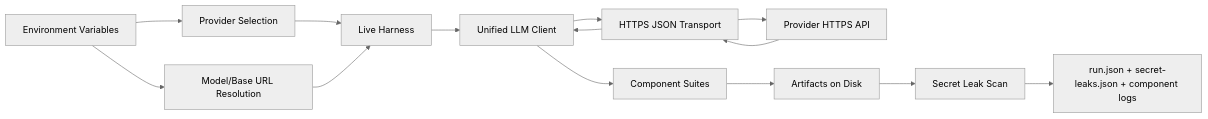
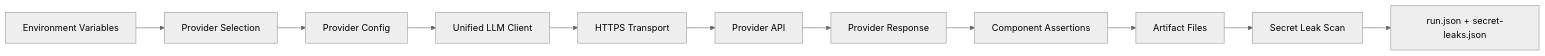
The fourth of 5 diagrams in docs/sprints/SPRINT-004-comprehensive-implementation-plan.md (jaytaylor/attractor-tcl), drawn with Mermaid (neutral theme) before and after one commit. The commit also changed other lines of this file, not shown here.

````diff
--- a/docs/sprints/SPRINT-004-comprehensive-implementation-plan.md
+++ b/docs/sprints/SPRINT-004-comprehensive-implementation-plan.md
@@ -1395,16 +1939,13 @@
 ```mermaid
 flowchart LR
   ENV[Environment Variables] --> SEL[Provider Selection]
-  ENV --> CFG[Model/Base URL Resolution]
-  SEL --> HARNESS[Live Harness]
-  CFG --> HARNESS
-  HARNESS --> ULLM[Unified LLM Client]
-  ULLM --> TRANSPORT[HTTPS JSON Transport]
-  TRANSPORT --> API[Provider HTTPS API]
-  API --> TRANSPORT
-  TRANSPORT --> ULLM
-  ULLM --> COMP[Component Suites]
-  COMP --> ART[Artifacts on Disk]
+  SEL --> CFG[Provider Config]
+  CFG --> ULLM[Unified LLM Client]
+  ULLM --> TR[HTTPS Transport]
+  TR --> API[Provider API]
+  API --> RESP[Provider Response]
+  RESP --> CMP[Component Assertions]
+  CMP --> ART[Artifact Files]
   ART --> SCAN[Secret Leak Scan]
-  SCAN --> REPORT[run.json + secret-leaks.json + component logs]
+  SCAN --> SUM[run.json + secret-leaks.json]
 ```
````
